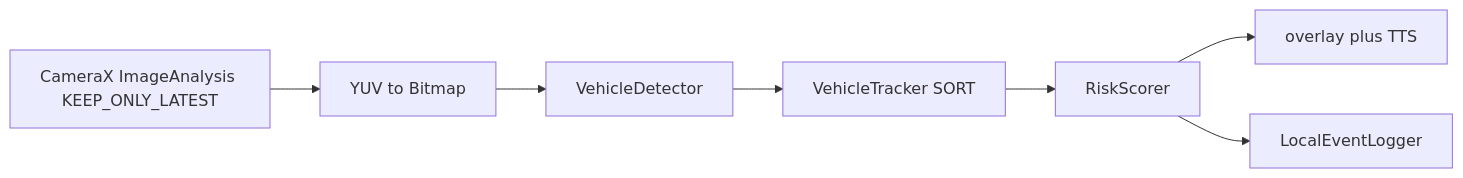
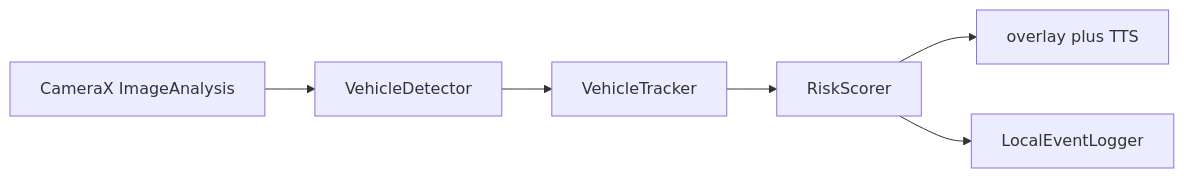
Before and after one commit to taiyuz/smart-glasses-safety: the diagram in README.md, drawn with Mermaid. The commit also changed other lines of this file and 1 other file, not shown here.

Commit message:
docs: recruiter README and EfficientDet/ML Kit source notes

````diff
--- a/README.md
+++ b/README.md
@@ -28,9 +9,8 @@
 ```mermaid
 flowchart LR
-  cam[CameraX ImageAnalysis KEEP_ONLY_LATEST] --> bmp[YUV to Bitmap]
-  bmp --> det[VehicleDetector]
-  det --> tr[VehicleTracker SORT]
+  cam[CameraX ImageAnalysis] --> det[VehicleDetector]
+  det --> tr[VehicleTracker]
   tr --> risk[RiskScorer]
   risk --> ui[overlay plus TTS]
   risk --> log[LocalEventLogger]
 ```
````
